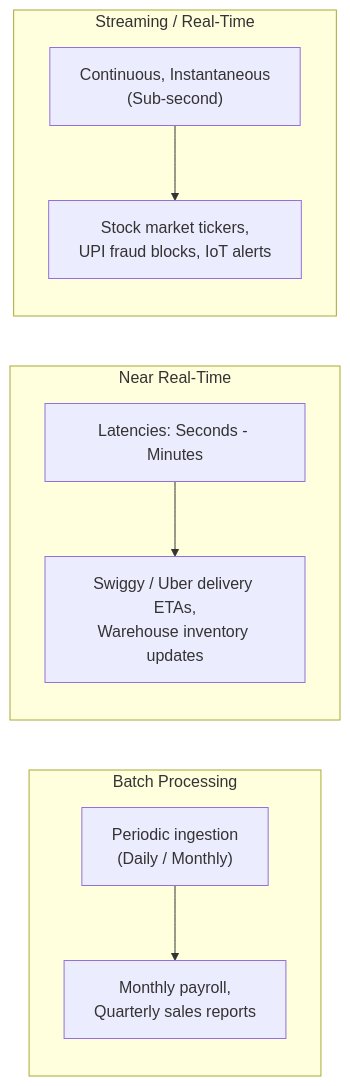
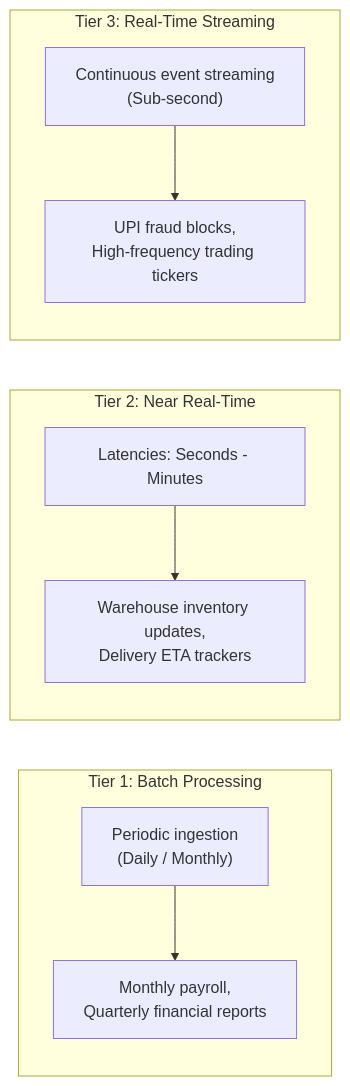
One commit to DeepLumiere/DeepSkills changed the third of 8 diagrams in notes/data_analysis/Chapter9_Features_of_Business_Data.md. Above: the diagram before and after it, drawn with Mermaid. The commit also changed other lines of this file and 8 other files, not shown here.

````diff
--- a/notes/data_analysis/Chapter9_Features_of_Business_Data.md
+++ b/notes/data_analysis/Chapter9_Features_of_Business_Data.md
@@ -97,12 +65,12 @@
 ```mermaid
 flowchart LR
-    subgraph T1["Batch Processing"]
-        B1["Periodic ingestion<br/>(Daily / Monthly)"] --> B2["Monthly payroll,<br/>Quarterly sales reports"]
+    subgraph BatchTier["Tier 1: Batch Processing"]
+        B1["Periodic ingestion<br/>(Daily / Monthly)"] --> B2["Monthly payroll,<br/>Quarterly financial reports"]
     end
-    subgraph T2["Near Real-Time"]
-        N1["Latencies: Seconds - Minutes"] --> N2["Swiggy / Uber delivery ETAs,<br/>Warehouse inventory updates"]
+    subgraph MicroBatchTier["Tier 2: Near Real-Time"]
+        N1["Latencies: Seconds - Minutes"] --> N2["Warehouse inventory updates,<br/>Delivery ETA trackers"]
     end
-    subgraph T3["Streaming / Real-Time"]
-        S1["Continuous, Instantaneous<br/>(Sub-second)"] --> S2["Stock market tickers,<br/>UPI fraud blocks, IoT alerts"]
+    subgraph StreamTier["Tier 3: Real-Time Streaming"]
+        S1["Continuous event streaming<br/>(Sub-second)"] --> S2["UPI fraud blocks,<br/>High-frequency trading tickers"]
     end
 ```
````
